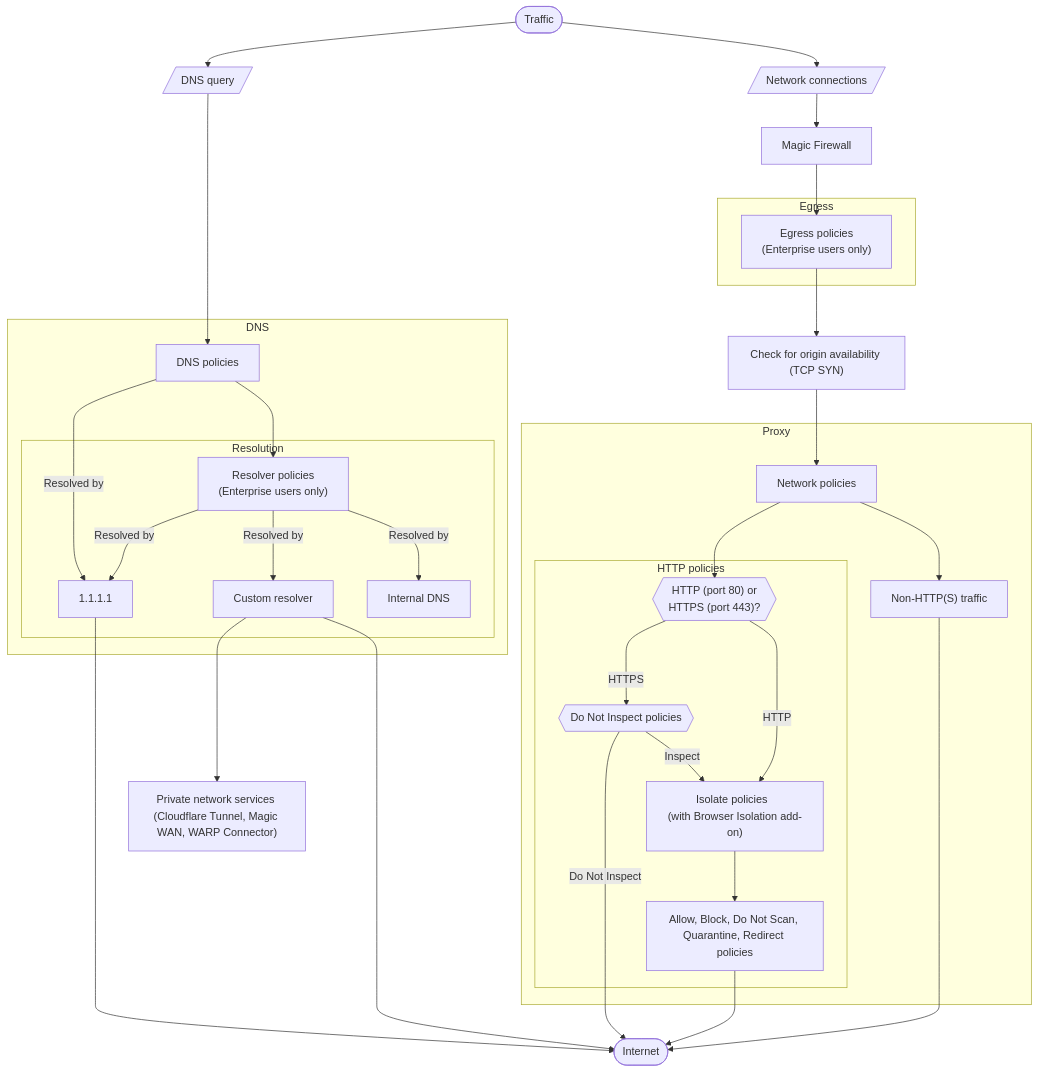
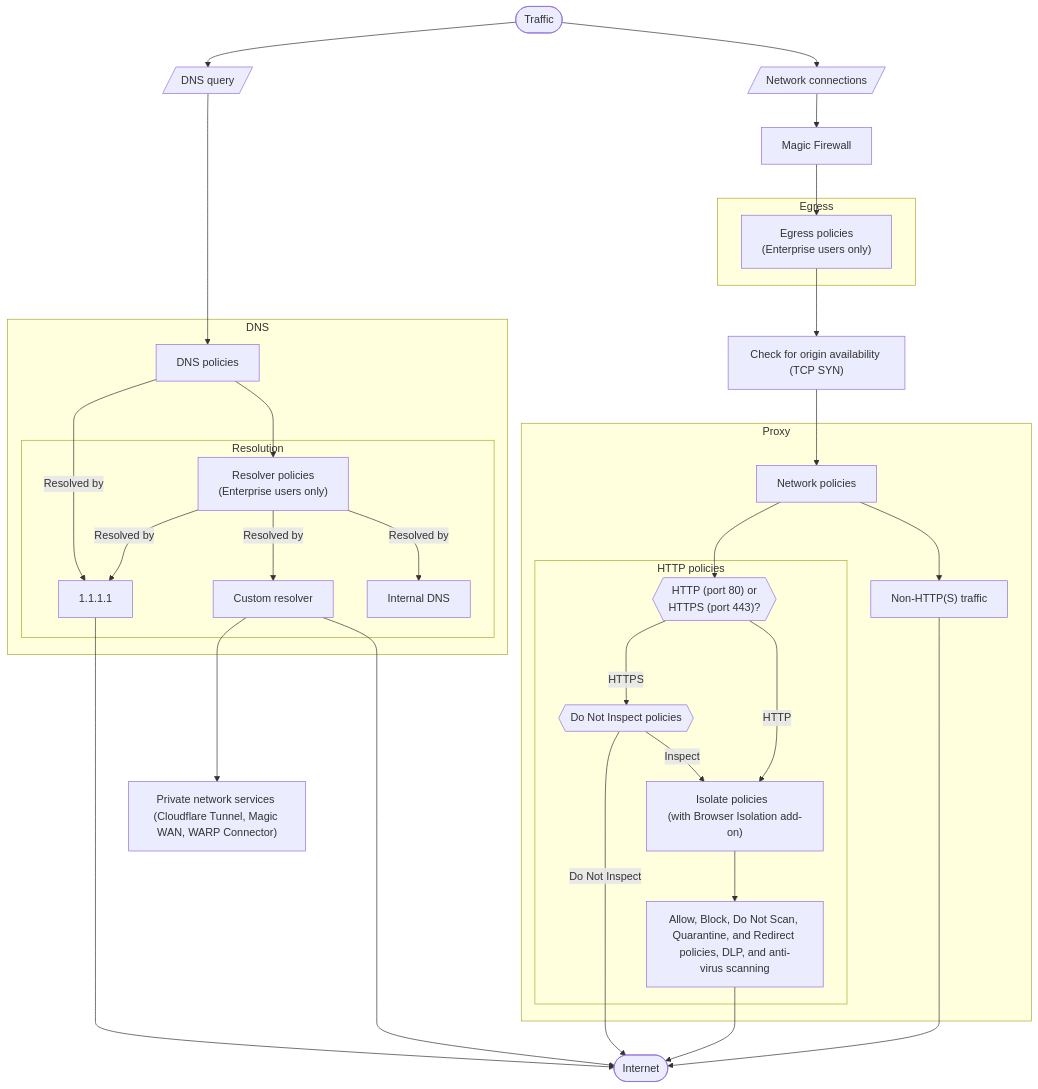
One commit to Abarech12/cloudflare-docs changed the diagram in src/content/partials/cloudflare-one/gateway/order-of-enforcement.mdx. Above: the diagram before and after it, drawn with Mermaid.

````diff
--- a/src/content/partials/cloudflare-one/gateway/order-of-enforcement.mdx
+++ b/src/content/partials/cloudflare-one/gateway/order-of-enforcement.mdx
@@ -7,55 +7,55 @@
 ```mermaid
 flowchart TB
     %% Accessibility
     accTitle: Gateway order of enforcement
     accDescr: Flowchart describing the order of enforcement for Gateway policies.
 
  subgraph Resolution["Resolution"]
         dns2["1.1.1.1"]
         dns4["Custom resolver"]
         dns3["Resolver policies <br>(Enterprise users only)"]
         internal["Internal DNS"]
   end
  subgraph DNS["DNS"]
         dns1["DNS policies"]
         Resolution
   end
  subgraph HTTP["HTTP policies"]
         http1{{"Do Not Inspect policies"}}
         http2["Isolate policies  <br>(with Browser Isolation add-on)"]
-        http3["Allow, Block, Do Not Scan, Quarantine, Redirect policies"]
+        http3["Allow, Block, Do Not Scan, Quarantine, and Redirect policies, DLP, and anti-virus scanning"]
         https["HTTP (port 80) or<br>HTTPS (port 443)?"]
   end
  subgraph Proxy["Proxy"]
         HTTP
         network1["Network policies"]
         nonhttp["Non-HTTP(S) traffic"]
   end
  subgraph Egress["Egress"]
         egress1["Egress policies <br>(Enterprise users only)"]
   end
     start(["Traffic"]) --> dns0[/"DNS query"/] & http0["Network connections"]
     dns0 ----> dns1
     dns1 -- Resolved by --> dns2
     dns1 --> dns3
     dns3 -- Resolved by --> dns4
     dns2 -----> internet(["Internet"])
     dns4 -----> internet
     dns4 ---> cloudflare["Private network services <br>(Cloudflare Tunnel, Magic WAN, WARP Connector)"]
     http1 -- Do Not Inspect --> internet
     http1 -- Inspect --> http2
     http2 --> http3
     http0 --> magic["Magic Firewall"]
     magic --> egress1
     egress1 --> tcp["Check for origin availability (TCP SYN)"]
     tcp --> network1
     http3 --> internet
     https -- HTTPS --> http1
     https -- HTTP --> http2
     network1 --> https & nonhttp
     dns3 -- Resolved by --> internal & dns2
     nonhttp -----> internet
 
     https@{ shape: hex}
     http0@{ shape: lean-r}
 ```
````
